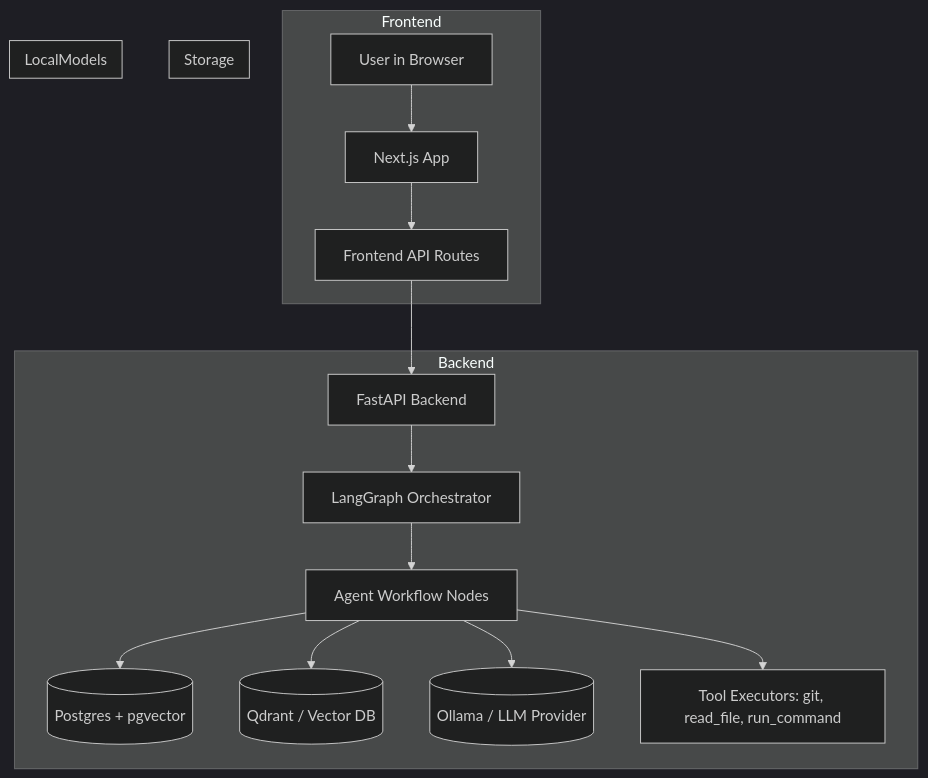
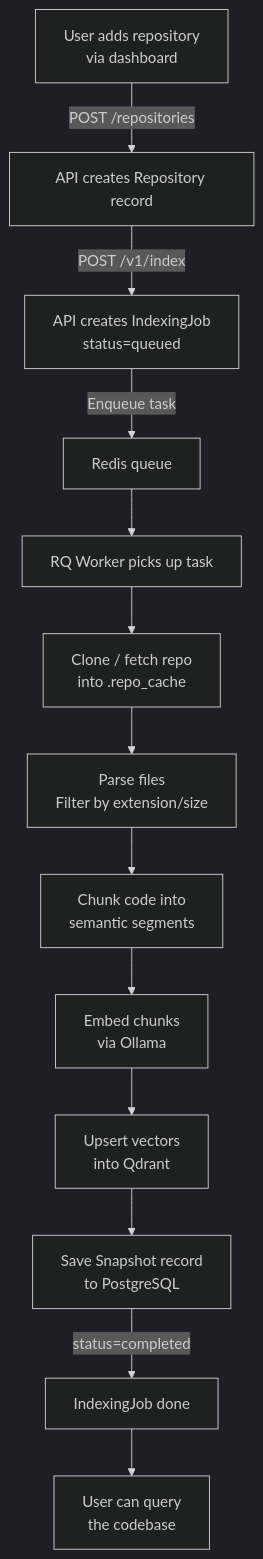
One commit to Harshdev625/AI-Codebase-Copilot changed the first of 6 diagrams in docs/flow.md. Above: the diagram before and after it, drawn with Mermaid (dark theme). The commit also changed other lines of this file and 188 other files, not shown here.

First line of the commit message:
feat: enhance backend functionality with new patch management and indexing job endpoints

````diff
--- a/docs/flow.md
+++ b/docs/flow.md
@@ -7,23 +5,15 @@
 ```mermaid
 flowchart TD
-  subgraph Frontend
-    A[User in Browser] --> B[Next.js App] --> C[Frontend API Routes]
-  end
-
-  subgraph Backend
-    C --> D[FastAPI Backend] --> E[LangGraph Orchestrator] --> F[Agent Workflow Nodes]
-    F --> G[(Postgres + pgvector)]
-    F --> H[(Qdrant / Vector DB)]
-    F --> I[(Ollama / LLM Provider)]
-    F --> J[Tool Executors: git, read_file, run_command]
-  end
-
-  subgraph Storage
-    G
-    H
-  end
-
-  subgraph LocalModels
-    I
-  end
+    A[User adds repository\nvia dashboard] -->|POST /repositories| B[API creates Repository record]
+    B -->|POST /v1/index| C[API creates IndexingJob\nstatus=queued]
+    C -->|Enqueue task| D[Redis queue]
+    D --> E[RQ Worker picks up task]
+    E --> F[Clone / fetch repo\ninto .repo_cache]
+    F --> G[Parse files\nFilter by extension/size]
+    G --> H[Chunk code into\nsemantic segments]
+    H --> I[Embed chunks\nvia Ollama]
+    I --> J[Upsert vectors\ninto Qdrant]
+    J --> K[Save Snapshot record\nto PostgreSQL]
+    K -->|status=completed| L[IndexingJob done]
+    L --> M[User can query\nthe codebase]
 ```
````
